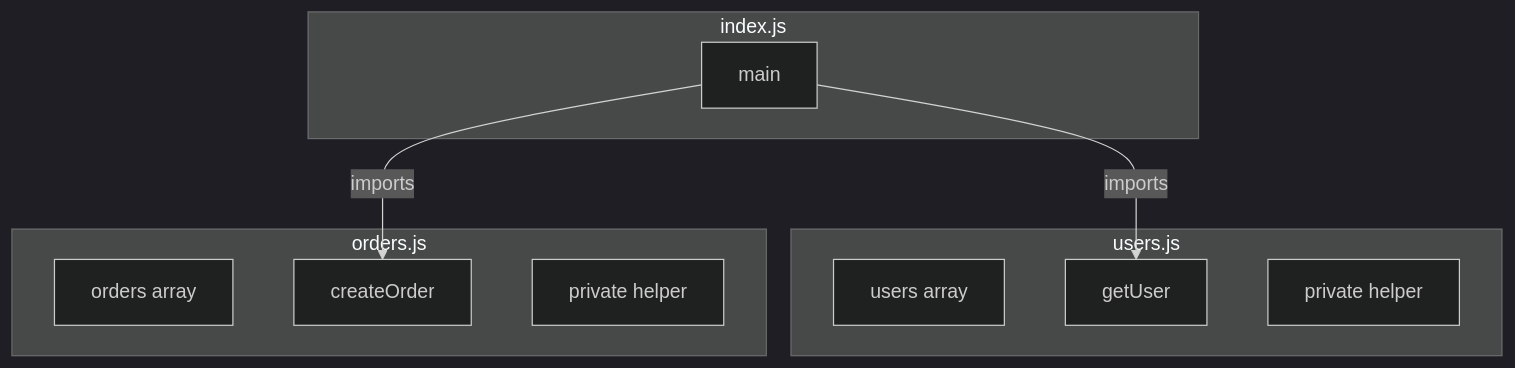
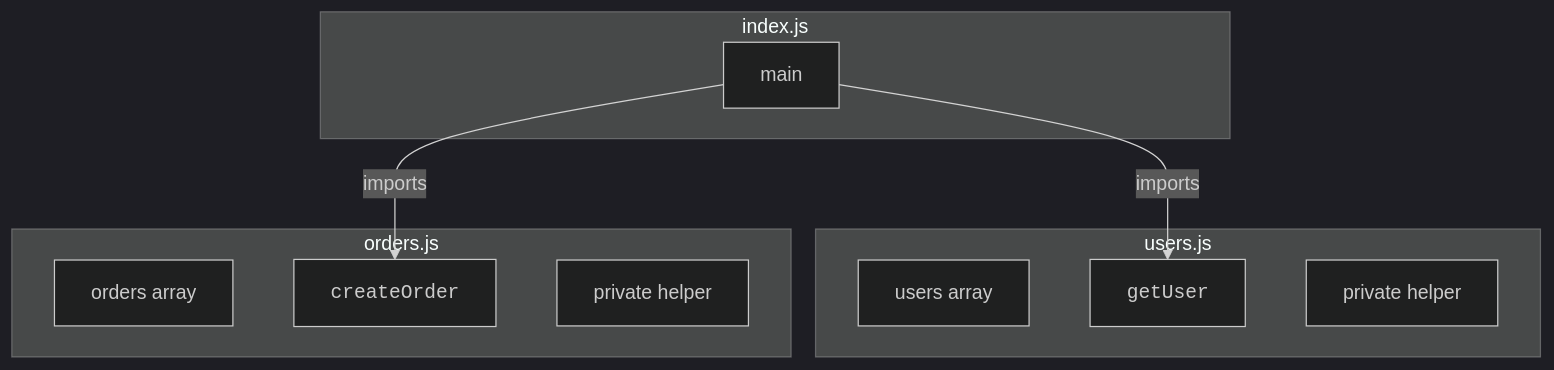
Before and after one commit to dataslope/dataslope: the first of 2 diagrams in content/learn/beginners-javascript/modular-organization.mdx, drawn with Mermaid (dark theme). The commit also changed other lines of this file and 153 other files, not shown here.

First line of the commit message:
Render code-only mermaid shapes in monospace; convert step sequences to Steps

````diff
--- a/content/learn/beginners-javascript/modular-organization.mdx
+++ b/content/learn/beginners-javascript/modular-organization.mdx
@@ -26,18 +26,18 @@
 ```mermaid
 flowchart TD
     subgraph users.js
         U1[users array]
-        U2[getUser]
+        U2["<code>getUser</code>"]
         U3[private helper]
     end
     subgraph orders.js
         O1[orders array]
-        O2[createOrder]
+        O2["<code>createOrder</code>"]
         O3[private helper]
     end
     subgraph index.js
         I1[main]
     end
     I1 -->|imports| U2
     I1 -->|imports| O2
 ```
````
